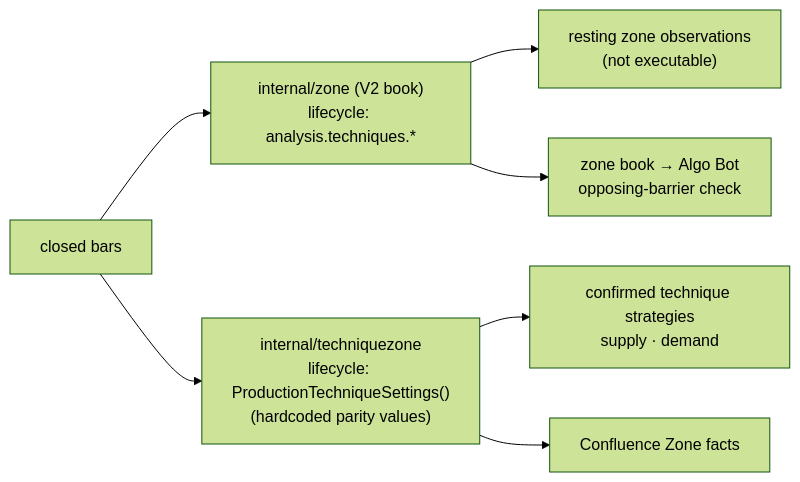
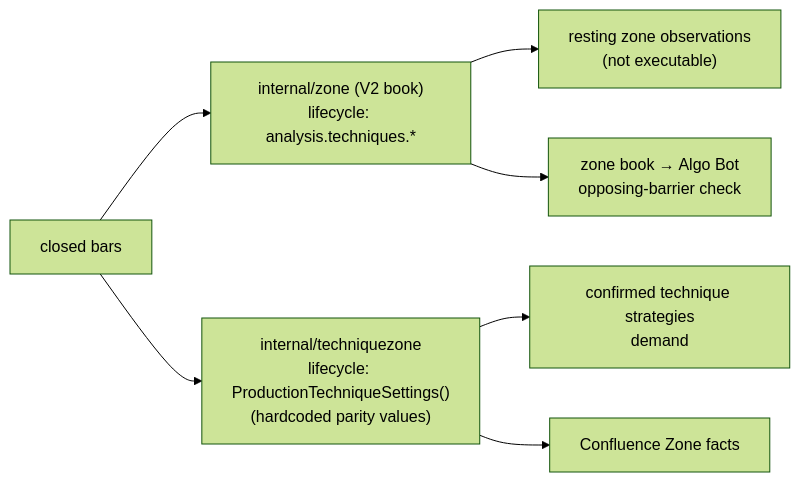
One commit to st-mich43l/apexvoid-trading-bot changed the third of 6 diagrams in docs/analysis-engine.md. Above: the diagram before and after it, drawn with Mermaid (forest theme). The commit also changed other lines of this file and 12 other files, not shown here.

First line of the commit message:
supply v7: M15/H1 zones, SELL only, room refusal, no competition with demand

````diff
--- a/docs/analysis-engine.md
+++ b/docs/analysis-engine.md
@@ -74,9 +74,9 @@
 ```mermaid
 flowchart LR
   BARS[closed bars] --> V2["internal/zone (V2 book)<br/>lifecycle: analysis.techniques.*"]
   BARS --> TZ["internal/techniquezone<br/>lifecycle: ProductionTechniqueSettings()<br/>(hardcoded parity values)"]
   V2 --> REST["resting zone observations<br/>(not executable)"]
   V2 --> ZB["zone book → Algo Bot<br/>opposing-barrier check"]
-  TZ --> CONF["confirmed technique strategies<br/>supply · demand"]
+  TZ --> CONF["confirmed technique strategies<br/>demand"]
   TZ --> CZ["Confluence Zone facts"]
 ```
````
